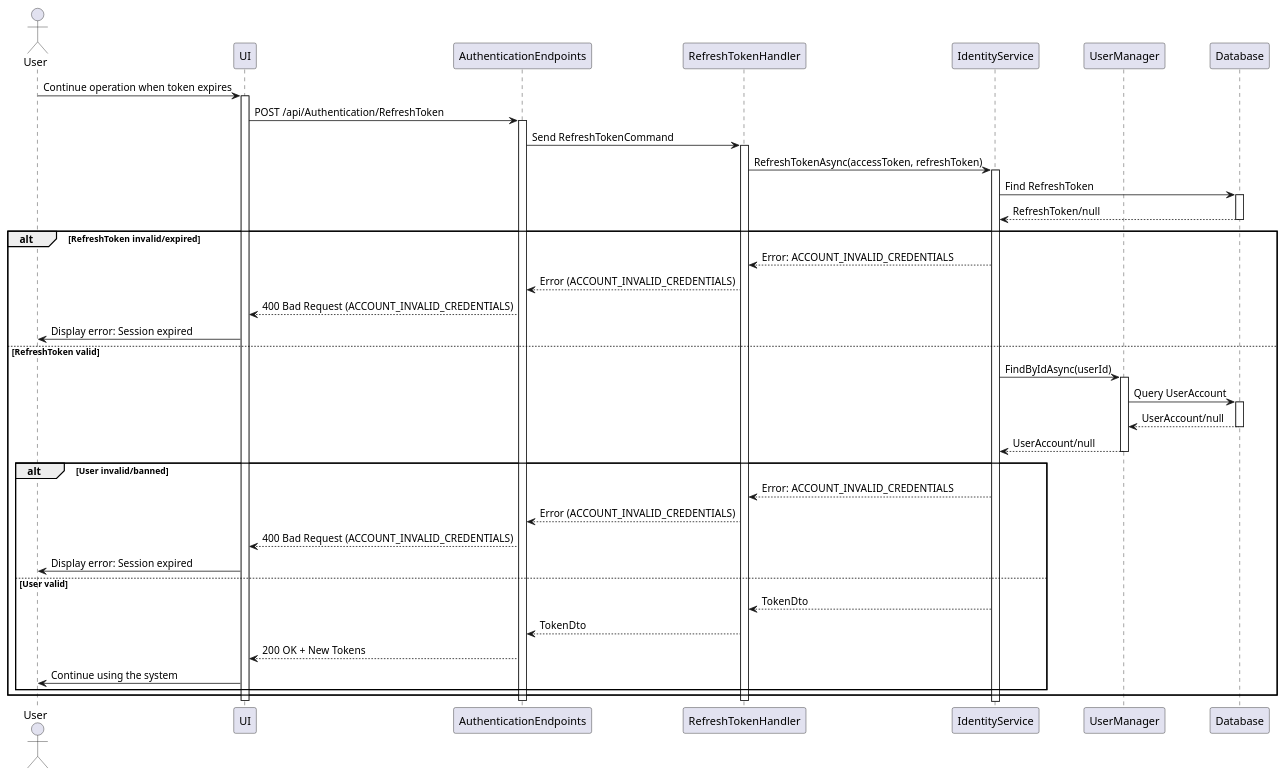
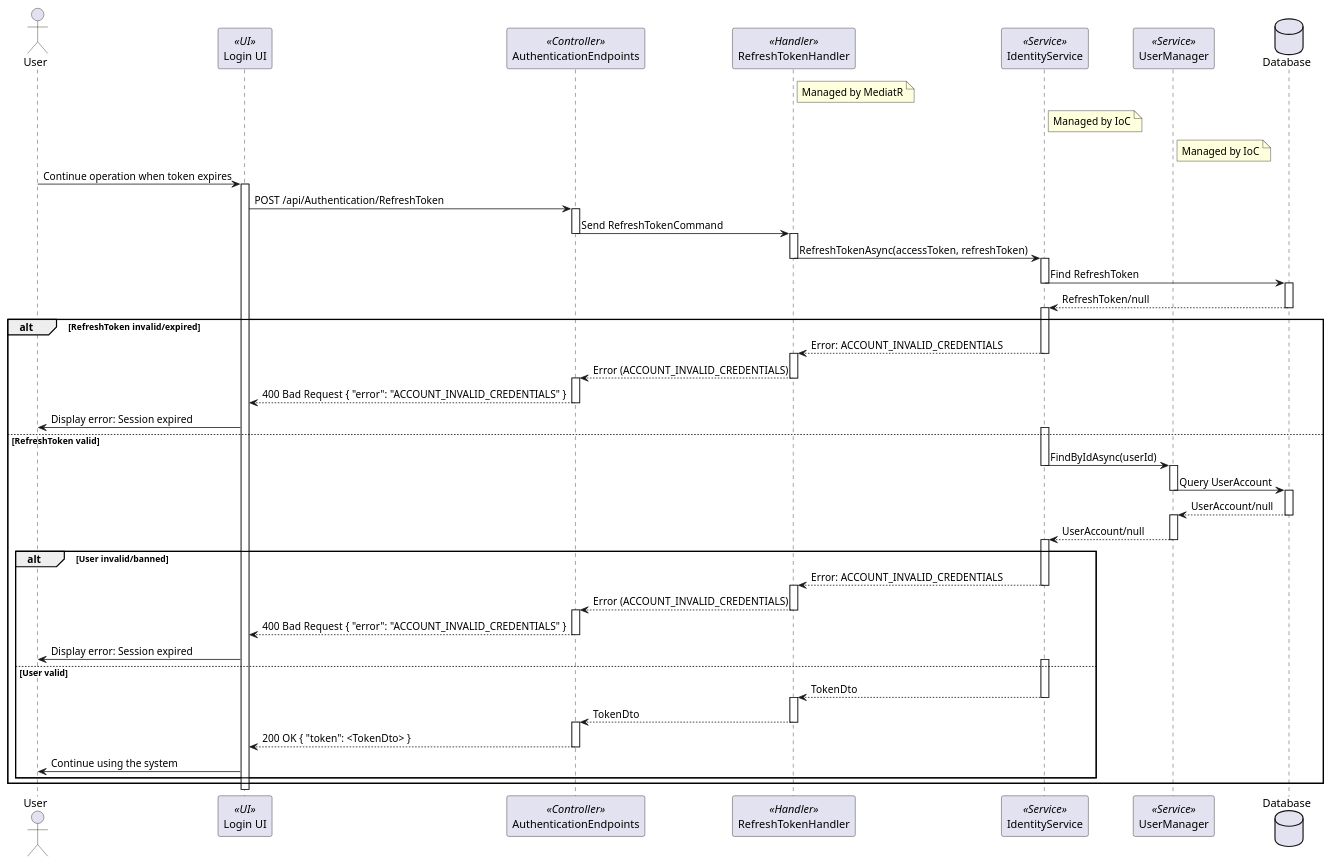
The diagram in authentication/sequence/05_RefreshToken.puml (thanhkhac/SEP_Diagram), drawn with PlantUML before and after one commit. The commit also changed 30 other files, not shown here.

Commit message:
Enhance sequence diagrams with detailed flow and roles

```diff
--- a/authentication/sequence/05_RefreshToken.puml
+++ b/authentication/sequence/05_RefreshToken.puml
@@ -1,51 +1,96 @@
 @startuml
 actor User
-participant UI
-participant AuthenticationEndpoints as Endpoint
-participant RefreshTokenHandler as Handler
-participant IdentityService
-participant UserManager
-participant Database
+participant "Login UI" as UI <<UI>>
+participant AuthenticationEndpoints <<Controller>>
+participant RefreshTokenHandler <<Handler>>
+participant IdentityService <<Service>>
+participant UserManager <<Service>>
+Database Database
+
+note right of RefreshTokenHandler
+  Managed by MediatR
+end note
+
+note right of IdentityService
+  Managed by IoC
+end note
+
+note right of UserManager
+  Managed by IoC
+end note
 
 User -> UI : Continue operation when token expires
 activate UI
-UI -> Endpoint : POST /api/Authentication/RefreshToken
-activate Endpoint
-Endpoint -> Handler : Send RefreshTokenCommand
-activate Handler
-Handler -> IdentityService : RefreshTokenAsync(accessToken, refreshToken)
+
+UI -> AuthenticationEndpoints : POST /api/Authentication/RefreshToken
+activate AuthenticationEndpoints
+AuthenticationEndpoints -> RefreshTokenHandler : Send RefreshTokenCommand
+deactivate AuthenticationEndpoints
+activate RefreshTokenHandler
+RefreshTokenHandler -> IdentityService : RefreshTokenAsync(accessToken, refreshToken)
+deactivate RefreshTokenHandler
 activate IdentityService
 IdentityService -> Database : Find RefreshToken
+deactivate IdentityService
 activate Database
 Database --> IdentityService : RefreshToken/null
 deactivate Database
+activate IdentityService
 alt RefreshToken invalid/expired
-    IdentityService --> Handler : Error: ACCOUNT_INVALID_CREDENTIALS
-    Handler --> Endpoint : Error (ACCOUNT_INVALID_CREDENTIALS)
-    Endpoint --> UI : 400 Bad Request (ACCOUNT_INVALID_CREDENTIALS)
+    IdentityService --> RefreshTokenHandler : Error: ACCOUNT_INVALID_CREDENTIALS
+    deactivate IdentityService
+    activate RefreshTokenHandler
+    RefreshTokenHandler --> AuthenticationEndpoints : Error (ACCOUNT_INVALID_CREDENTIALS)
+    deactivate RefreshTokenHandler
+    activate AuthenticationEndpoints
+    AuthenticationEndpoints --> UI : 400 Bad Request { "error": "ACCOUNT_INVALID_CREDENTIALS" }
+    deactivate AuthenticationEndpoints
+
+
     UI -> User : Display error: Session expired
+
+
 else RefreshToken valid
+    activate IdentityService
+
     IdentityService -> UserManager : FindByIdAsync(userId)
+    deactivate IdentityService
     activate UserManager
     UserManager -> Database : Query UserAccount
+    deactivate UserManager
     activate Database
     Database --> UserManager : UserAccount/null
     deactivate Database
+    activate UserManager
     UserManager --> IdentityService : UserAccount/null
     deactivate UserManager
+    activate IdentityService
     alt User invalid/banned
-        IdentityService --> Handler : Error: ACCOUNT_INVALID_CREDENTIALS
-        Handler --> Endpoint : Error (ACCOUNT_INVALID_CREDENTIALS)
-        Endpoint --> UI : 400 Bad Request (ACCOUNT_INVALID_CREDENTIALS)
+        IdentityService --> RefreshTokenHandler : Error: ACCOUNT_INVALID_CREDENTIALS
+        deactivate IdentityService
+        activate RefreshTokenHandler
+        RefreshTokenHandler --> AuthenticationEndpoints : Error (ACCOUNT_INVALID_CREDENTIALS)
+        deactivate RefreshTokenHandler
+        activate AuthenticationEndpoints
+        AuthenticationEndpoints --> UI : 400 Bad Request { "error": "ACCOUNT_INVALID_CREDENTIALS" }
+        deactivate AuthenticationEndpoints
+
+
         UI -> User : Display error: Session expired
+
+
     else User valid
-        IdentityService --> Handler : TokenDto
-        Handler --> Endpoint : TokenDto
-        Endpoint --> UI : 200 OK + New Tokens
+        activate IdentityService
+        IdentityService --> RefreshTokenHandler : TokenDto
+        deactivate IdentityService
+        activate RefreshTokenHandler
+        RefreshTokenHandler --> AuthenticationEndpoints : TokenDto
+        deactivate RefreshTokenHandler
+        activate AuthenticationEndpoints
+        AuthenticationEndpoints --> UI : 200 OK { "token": <TokenDto> }
+        deactivate AuthenticationEndpoints
         UI -> User : Continue using the system
     end
 end
-deactivate Handler
-deactivate Endpoint
-deactivate UI
+
 @enduml
```
